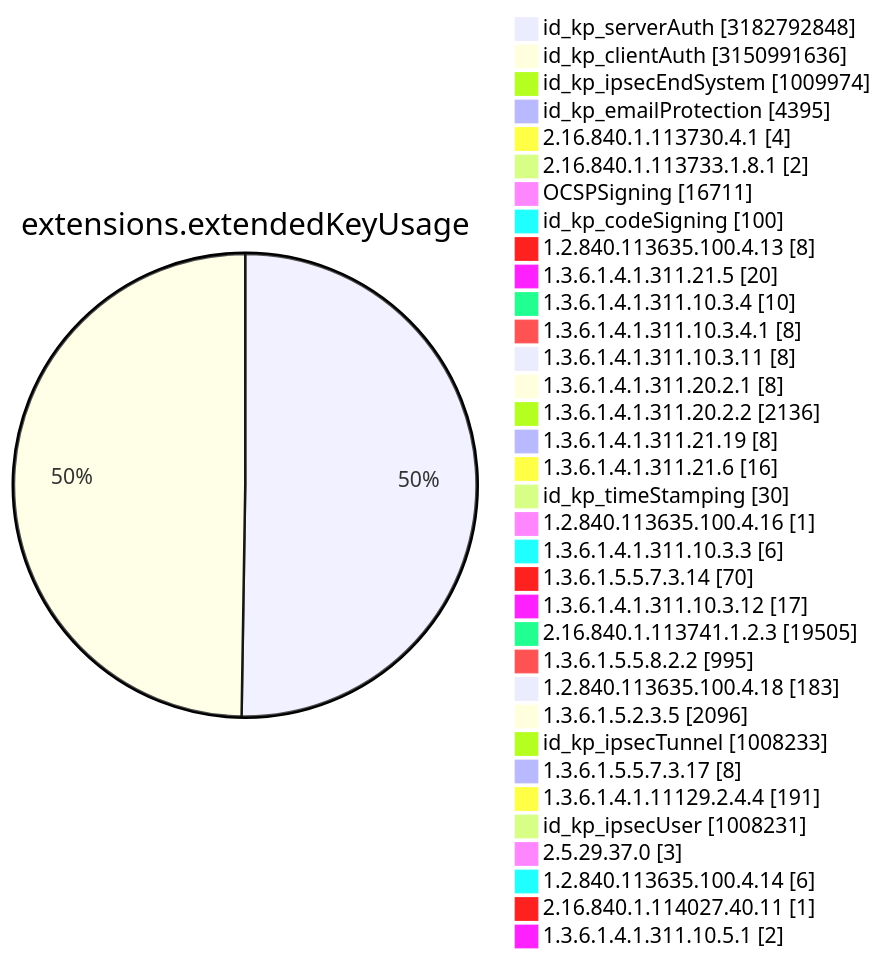
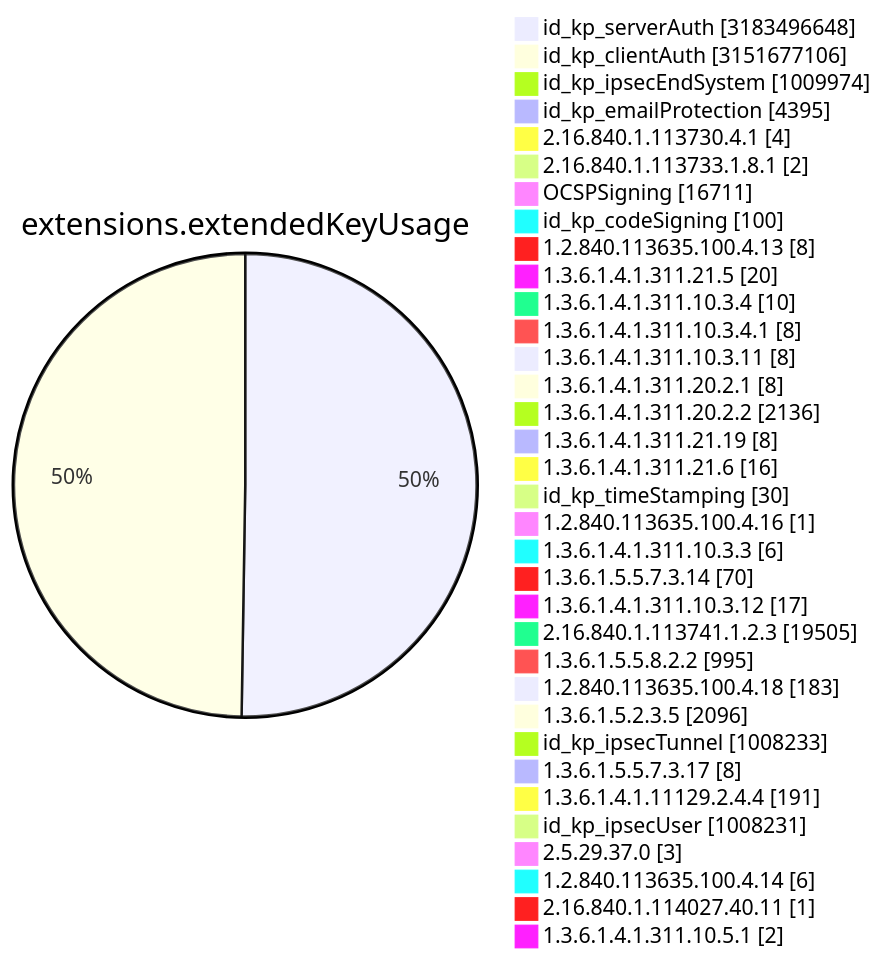
One commit to christiankrug/ctmonitor_visualization changed diagram 11 of 15 in TOTAL/README.md. Above: the diagram before and after it, drawn with Mermaid. The commit also changed other lines of this file, not shown here.

````diff
--- a/TOTAL/README.md
+++ b/TOTAL/README.md
@@ -4119,38 +4119,38 @@
 ```mermaid
 pie showData
 title extensions.extendedKeyUsage
-"id_kp_serverAuth" :3182792848
-"id_kp_clientAuth" :3150991636
+"id_kp_serverAuth" :3183496648
+"id_kp_clientAuth" :3151677106
 "id_kp_ipsecEndSystem" :1009974
 "id_kp_emailProtection" :4395
 "2.16.840.1.113730.4.1" :4
 "2.16.840.1.113733.1.8.1" :2
 "OCSPSigning" :16711
 "id_kp_codeSigning" :100
 "1.2.840.113635.100.4.13" :8
 "1.3.6.1.4.1.311.21.5" :20
 "1.3.6.1.4.1.311.10.3.4" :10
 "1.3.6.1.4.1.311.10.3.4.1" :8
 "1.3.6.1.4.1.311.10.3.11" :8
 "1.3.6.1.4.1.311.20.2.1" :8
 "1.3.6.1.4.1.311.20.2.2" :2136
 "1.3.6.1.4.1.311.21.19" :8
 "1.3.6.1.4.1.311.21.6" :16
 "id_kp_timeStamping" :30
 "1.2.840.113635.100.4.16" :1
 "1.3.6.1.4.1.311.10.3.3" :6
 "1.3.6.1.5.5.7.3.14" :70
 "1.3.6.1.4.1.311.10.3.12" :17
 "2.16.840.1.113741.1.2.3" :19505
 "1.3.6.1.5.5.8.2.2" :995
 "1.2.840.113635.100.4.18" :183
 "1.3.6.1.5.2.3.5" :2096
 "id_kp_ipsecTunnel" :1008233
 "1.3.6.1.5.5.7.3.17" :8
 "1.3.6.1.4.1.11129.2.4.4" :191
 "id_kp_ipsecUser" :1008231
 "2.5.29.37.0" :3
 "1.2.840.113635.100.4.14" :6
 "2.16.840.1.114027.40.11" :1
 "1.3.6.1.4.1.311.10.5.1" :2
 ```
````
